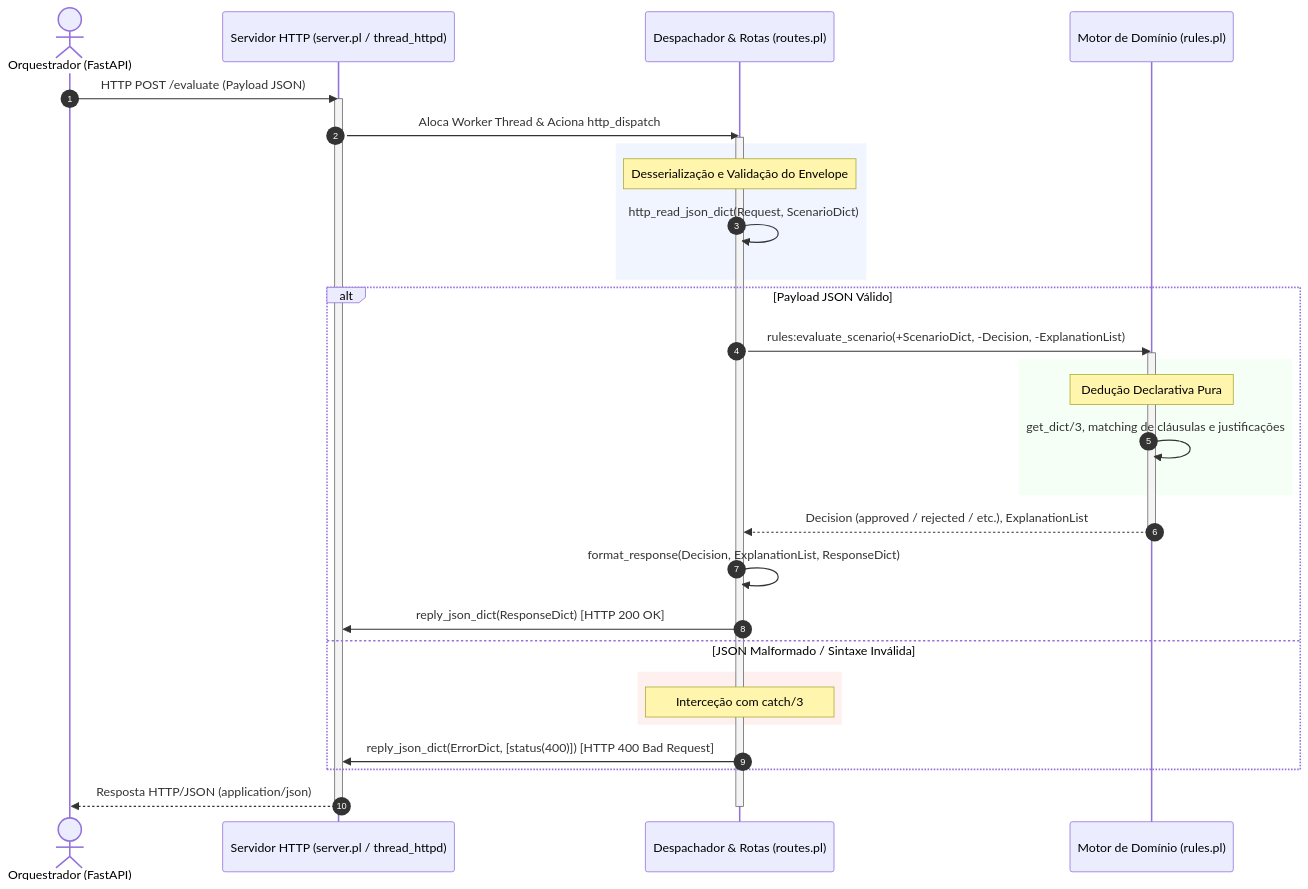
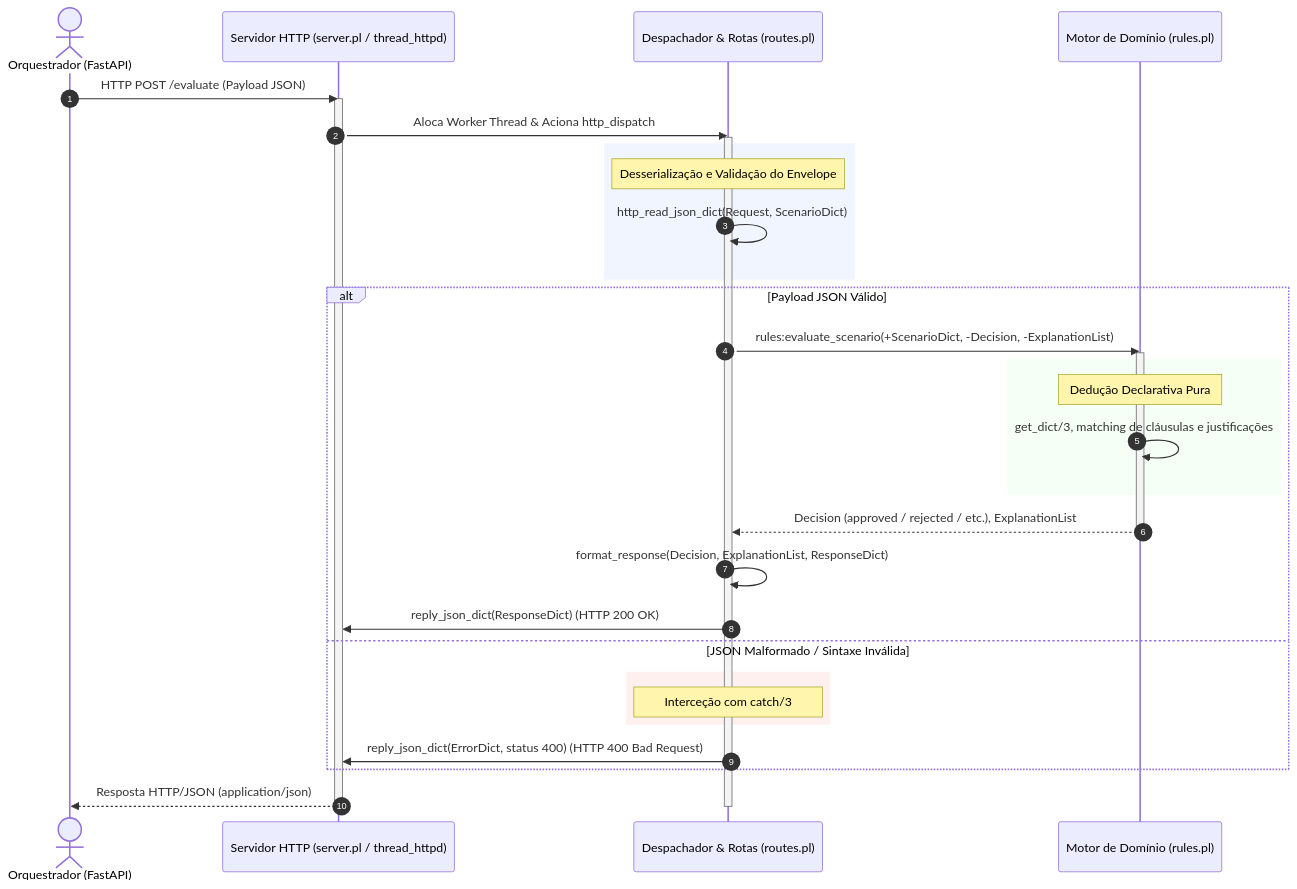
One commit to Santiago-1211173/meia-equipa3-challenge1-26_27 changed the diagram in docs/architecture/prolog_engine.md. Above: the diagram before and after it, drawn with Mermaid. The commit also changed 23 other files, not shown here.

Commit message:
docs: add comprehensive documentation for architecture, API, deployment, and development guides

````diff
--- a/docs/architecture/prolog_engine.md
+++ b/docs/architecture/prolog_engine.md
@@ -85,41 +85,41 @@
 ```mermaid
 sequenceDiagram
     autonumber
     actor Orch as Orquestrador (FastAPI)
     participant Srv as Servidor HTTP (server.pl / thread_httpd)
     participant Disp as Despachador & Rotas (routes.pl)
     participant Core as Motor de Domínio (rules.pl)
 
     Orch->>Srv: HTTP POST /evaluate (Payload JSON)
     activate Srv
     Srv->>Disp: Aloca Worker Thread & Aciona http_dispatch
     activate Disp
 
     rect rgb(240, 245, 255)
         note over Disp: Desserialização e Validação do Envelope
         Disp->>Disp: http_read_json_dict(Request, ScenarioDict)
     end
 
     alt Payload JSON Válido
         Disp->>Core: rules:evaluate_scenario(+ScenarioDict, -Decision, -ExplanationList)
         activate Core
         rect rgb(245, 255, 245)
             note over Core: Dedução Declarativa Pura
             Core->>Core: get_dict/3, matching de cláusulas e justificações
         end
         Core-->>Disp: Decision (approved / rejected / etc.), ExplanationList
         deactivate Core
 
         Disp->>Disp: format_response(Decision, ExplanationList, ResponseDict)
-        Disp->>Srv: reply_json_dict(ResponseDict) [HTTP 200 OK]
+        Disp->>Srv: reply_json_dict(ResponseDict) (HTTP 200 OK)
     else JSON Malformado / Sintaxe Inválida
         rect rgb(255, 240, 240)
             note over Disp: Interceção com catch/3
         end
-        Disp->>Srv: reply_json_dict(ErrorDict, [status(400)]) [HTTP 400 Bad Request]
+        Disp->>Srv: reply_json_dict(ErrorDict, status 400) (HTTP 400 Bad Request)
     end
 
     Srv-->>Orch: Resposta HTTP/JSON (application/json)
     deactivate Disp
     deactivate Srv
 ```
````
